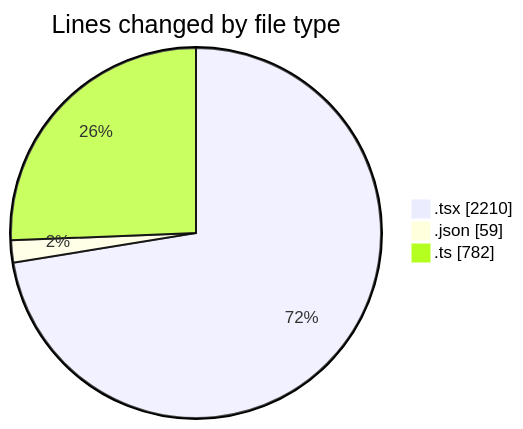
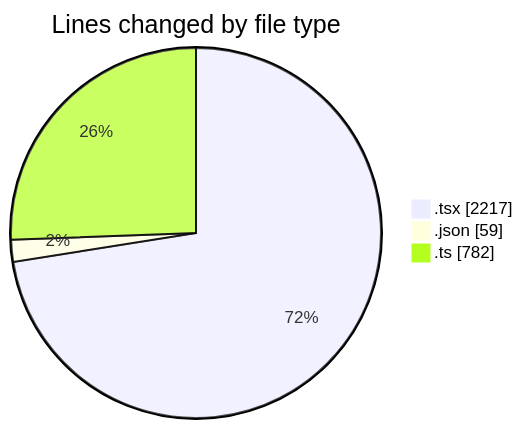
One commit to momahboobian/code-tracking changed the first of 2 diagrams in 2025-11-24/cda/README.md. Above: the diagram before and after it, drawn with Mermaid. The commit also changed other lines of this file and 1 other file, not shown here.

````diff
--- a/2025-11-24/cda/README.md
+++ b/2025-11-24/cda/README.md
@@ -31,7 +31,7 @@
 ```mermaid
 pie showData
 title Lines changed by file type
-".tsx" : 2210
+".tsx" : 2217
 ".json" : 59
 ".ts" : 782
 ```
````
